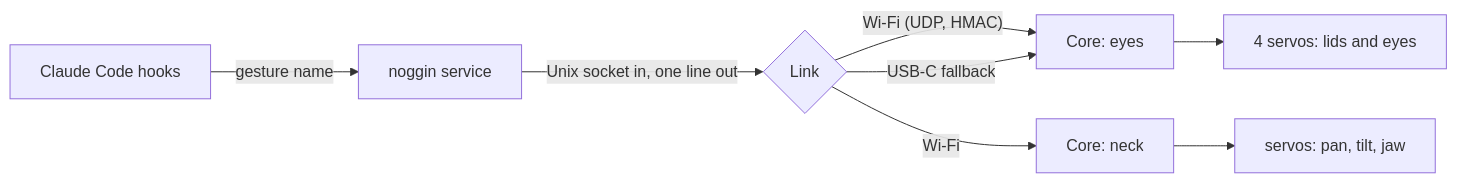
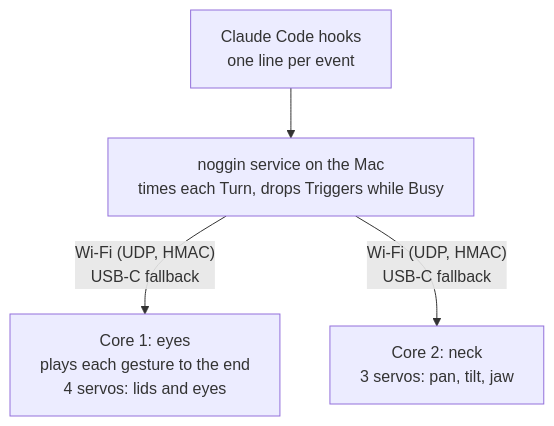
Before and after one commit to yellow-pine/noggin: the diagram in README.md, drawn with Mermaid. The commit also changed other lines of this file and 19 other files, not shown here.

````diff
--- a/README.md
+++ b/README.md
@@ -52,10 +59,7 @@
 ```mermaid
-flowchart LR
-    CC[Claude Code hooks] -- "gesture name" --> NS[noggin service]
-    NS -- "Unix socket in, one line out" --> L{Link}
-    L -- "Wi-Fi (UDP, HMAC)" --> C1[Core: eyes]
-    L -- "USB-C fallback" --> C1
-    L -- "Wi-Fi" --> C2[Core: neck]
-    C1 --> S1[4 servos: lids and eyes]
-    C2 --> S2[servos: pan, tilt, jaw]
+%%{init: {"flowchart": {"wrappingWidth": 320}}}%%
+flowchart TB
+    CC["Claude Code hooks<br/>one line per event"] --> NS["noggin service on the Mac<br/>times each Turn, drops Triggers while Busy"]
+    NS -- "Wi-Fi (UDP, HMAC)<br/>USB-C fallback" --> C1["Core 1: eyes<br/>plays each gesture to the end<br/>4 servos: lids and eyes"]
+    NS -- "Wi-Fi (UDP, HMAC)<br/>USB-C fallback" --> C2["Core 2: neck<br/>3 servos: pan, tilt, jaw"]
 ```
````
